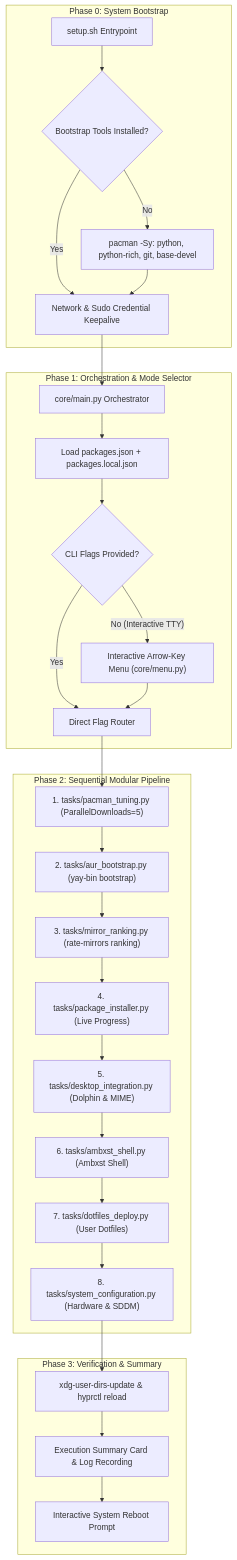
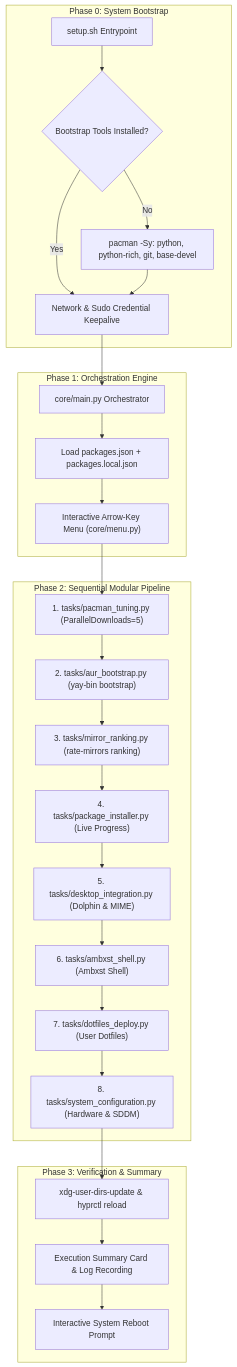
The diagram in readme.md (mnojz/ArchSetup), drawn with Mermaid before and after one commit. The commit also changed other lines of this file and 2 other files, not shown here.

````diff
--- a/readme.md
+++ b/readme.md
@@ -100,35 +100,32 @@
 ```mermaid
 flowchart TD
     subgraph Bootstrap[" Phase 0: System Bootstrap "]
         A["setup.sh Entrypoint"] --> B{"Bootstrap Tools Installed?"}
         B -- "No" --> C["pacman -Sy: python, python-rich, git, base-devel"]
         B -- "Yes" --> D["Network & Sudo Credential Keepalive"]
         C --> D
     end
 
-    subgraph CoreEngine[" Phase 1: Orchestration & Mode Selector "]
+    subgraph CoreEngine[" Phase 1: Orchestration Engine "]
         D --> E["core/main.py Orchestrator"]
         E --> F["Load packages.json + packages.local.json"]
-        F --> G{"CLI Flags Provided?"}
-        G -- "No (Interactive TTY)" --> H["Interactive Arrow-Key Menu (core/menu.py)"]
-        G -- "Yes" --> I["Direct Flag Router"]
-        H --> I
+        F --> G["Interactive Arrow-Key Menu (core/menu.py)"]
     end
 
     subgraph Tasks[" Phase 2: Sequential Modular Pipeline "]
-        I --> T1["1. tasks/pacman_tuning.py (ParallelDownloads=5)"]
+        G --> T1["1. tasks/pacman_tuning.py (ParallelDownloads=5)"]
         T1 --> T2["2. tasks/aur_bootstrap.py (yay-bin bootstrap)"]
         T2 --> T3["3. tasks/mirror_ranking.py (rate-mirrors ranking)"]
         T3 --> T4["4. tasks/package_installer.py (Live Progress)"]
         T4 --> T5["5. tasks/desktop_integration.py (Dolphin & MIME)"]
         T5 --> T6["6. tasks/ambxst_shell.py (Ambxst Shell)"]
         T6 --> T7["7. tasks/dotfiles_deploy.py (User Dotfiles)"]
         T7 --> T8["8. tasks/system_configuration.py (Hardware & SDDM)"]
     end
 
     subgraph Finish[" Phase 3: Verification & Summary "]
         T8 --> K1["xdg-user-dirs-update & hyprctl reload"]
         K1 --> K2["Execution Summary Card & Log Recording"]
         K2 --> K3["Interactive System Reboot Prompt"]
     end
 ```
````
